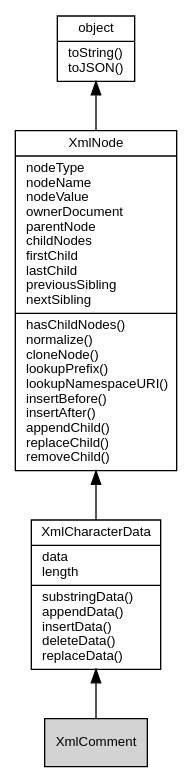
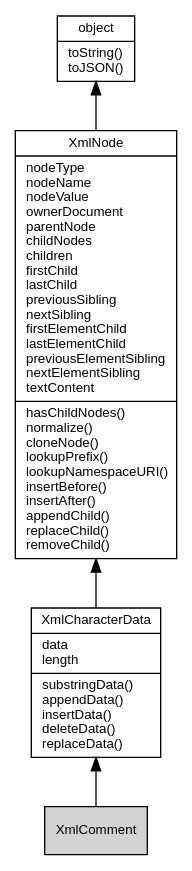
One commit to fibjs/fibjs.org changed the diagram in docs/manual/object/ifs/XmlComment.md. Above: the diagram before and after it, drawn with Graphviz. The commit also changed other lines of this file and 41 other files, not shown here.

````diff
--- a/docs/manual/object/ifs/XmlComment.md
+++ b/docs/manual/object/ifs/XmlComment.md
@@ -10,14 +10,14 @@
 ```dot
 digraph {
     node [fontname="Helvetica,sans-Serif", fontsize=10, shape="record", style="filled", fillcolor="white"];
 
     object [tooltip="object", URL="object.md", label="{object|toString()\ltoJSON()\l}"];
-    XmlNode [tooltip="XmlNode", URL="XmlNode.md", label="{XmlNode|nodeType\lnodeName\lnodeValue\lownerDocument\lparentNode\lchildNodes\lfirstChild\llastChild\lpreviousSibling\lnextSibling\l|hasChildNodes()\lnormalize()\lcloneNode()\llookupPrefix()\llookupNamespaceURI()\linsertBefore()\linsertAfter()\lappendChild()\lreplaceChild()\lremoveChild()\l}"];
+    XmlNode [tooltip="XmlNode", URL="XmlNode.md", label="{XmlNode|nodeType\lnodeName\lnodeValue\lownerDocument\lparentNode\lchildNodes\lchildren\lfirstChild\llastChild\lpreviousSibling\lnextSibling\lfirstElementChild\llastElementChild\lpreviousElementSibling\lnextElementSibling\ltextContent\l|hasChildNodes()\lnormalize()\lcloneNode()\llookupPrefix()\llookupNamespaceURI()\linsertBefore()\linsertAfter()\lappendChild()\lreplaceChild()\lremoveChild()\l}"];
     XmlCharacterData [tooltip="XmlCharacterData", URL="XmlCharacterData.md", label="{XmlCharacterData|data\llength\l|substringData()\lappendData()\linsertData()\ldeleteData()\lreplaceData()\l}"];
     XmlComment [tooltip="XmlComment", fillcolor="lightgray", id="me", label="{XmlComment}"];
 
     object -> XmlNode [dir=back];
     XmlNode -> XmlCharacterData [dir=back];
     XmlCharacterData -> XmlComment [dir=back];
 }
 ```
````
